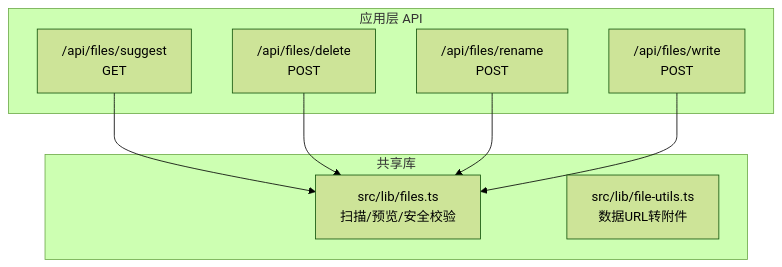
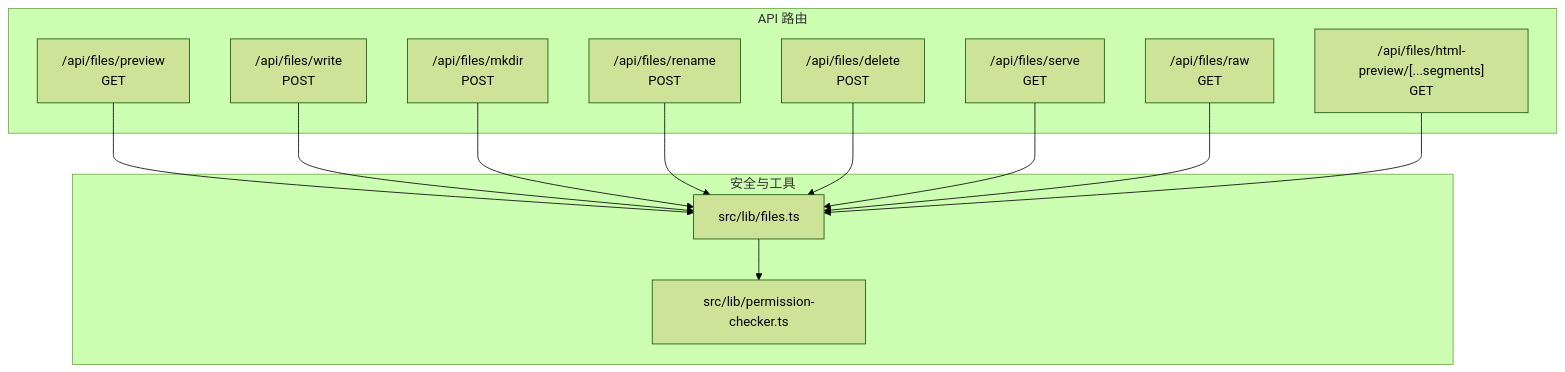
Before and after one commit to haolange/CodePilot: the first of 5 diagrams in .qoder/repowiki/zh/content/API 参考/文件 API.md, drawn with Mermaid (forest theme). The commit also changed other lines of this file and 203 other files, not shown here.

````diff
--- a/.qoder/repowiki/zh/content/API 参考/文件 API.md
+++ b/.qoder/repowiki/zh/content/API 参考/文件 API.md
@@ -41,17 +50,26 @@
 ```mermaid
 graph TB
-subgraph "应用层 API"
-SUG["/api/files/suggest<br/>GET"]
+subgraph "API 路由"
+PRE["/api/files/preview<br/>GET"]
+WRT["/api/files/write<br/>POST"]
+MKD["/api/files/mkdir<br/>POST"]
+REN["/api/files/rename<br/>POST"]
 DEL["/api/files/delete<br/>POST"]
-REN["/api/files/rename<br/>POST"]
-WRI["/api/files/write<br/>POST"]
+SRV["/api/files/serve<br/>GET"]
+RAW["/api/files/raw<br/>GET"]
+HTML["/api/files/html-preview/[...segments]<br/>GET"]
 end
-subgraph "共享库"
-LIBF["src/lib/files.ts<br/>扫描/预览/安全校验"]
-LIBU["src/lib/file-utils.ts<br/>数据URL转附件"]
+subgraph "安全与工具"
+F["src/lib/files.ts"]
+PC["src/lib/permission-checker.ts"]
 end
-SUG --> LIBF
-DEL --> LIBF
-REN --> LIBF
-WRI --> LIBF
+PRE --> F
+WRT --> F
+MKD --> F
+REN --> F
+DEL --> F
+SRV --> F
+RAW --> F
+HTML --> F
+F --> PC
 ```
````
